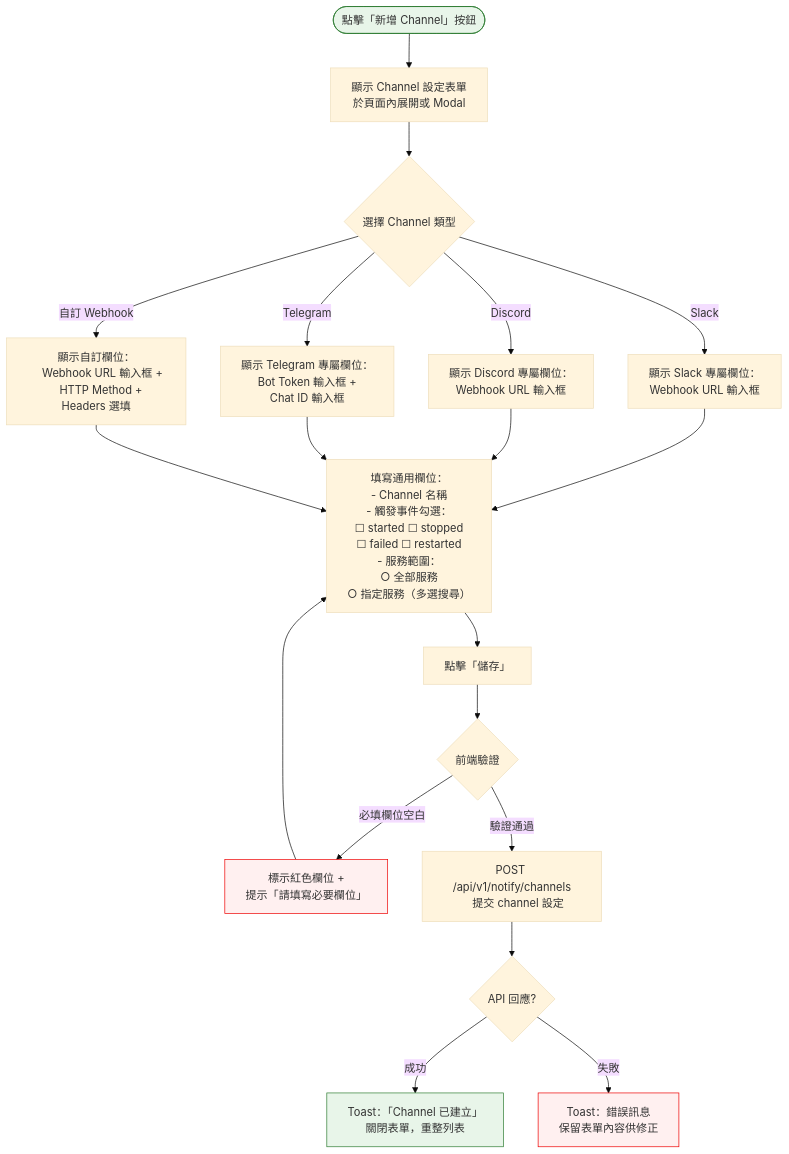
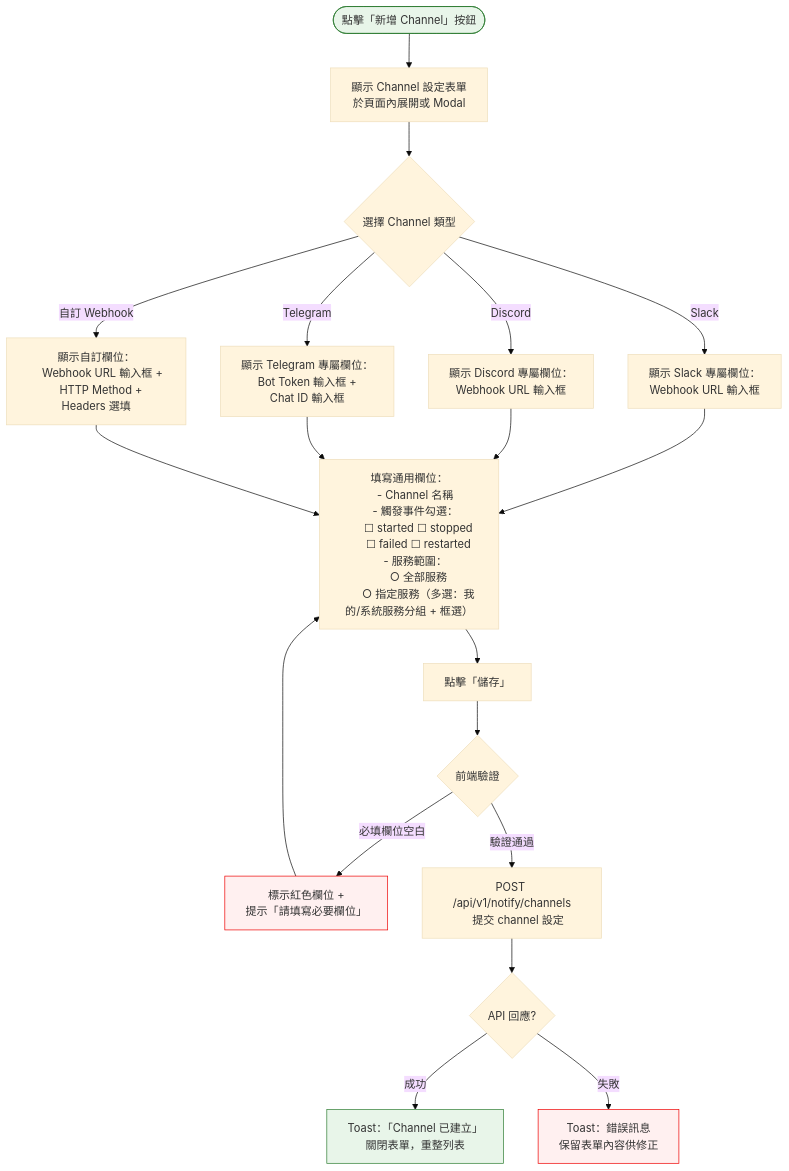
One commit to YuHaoLiaoSideProject/LinuxServiceManger changed the second of 5 diagrams in docs/interaction-flows/013-webhook-notification.md. Above: the diagram before and after it, drawn with Mermaid (base theme). The commit also changed other lines of this file and 27 other files, not shown here.

````diff
--- a/docs/interaction-flows/013-webhook-notification.md
+++ b/docs/interaction-flows/013-webhook-notification.md
@@ -90,57 +90,57 @@
 ```mermaid
 flowchart TD
     AddStart([點擊「新增 Channel」按鈕])
 
     AddStart --> OpenForm[顯示 Channel 設定表單
     於頁面內展開或 Modal]
 
     OpenForm --> SelectType{選擇 Channel 類型}
 
     SelectType -- Slack --> SlackFields[顯示 Slack 專屬欄位：
     Webhook URL 輸入框]
     SelectType -- Discord --> DiscordFields[顯示 Discord 專屬欄位：
     Webhook URL 輸入框]
     SelectType -- Telegram --> TelegramFields[顯示 Telegram 專屬欄位：
     Bot Token 輸入框 +
     Chat ID 輸入框]
     SelectType -- 自訂 Webhook --> CustomFields[顯示自訂欄位：
     Webhook URL 輸入框 +
     HTTP Method + Headers 選填]
 
     SlackFields --> CommonFields
     DiscordFields --> CommonFields
     TelegramFields --> CommonFields
     CustomFields --> CommonFields
 
     CommonFields[填寫通用欄位：
     - Channel 名稱
     - 觸發事件勾選：
       ☐ started ☐ stopped
       ☐ failed ☐ restarted
     - 服務範圍：
       ○ 全部服務
-      ○ 指定服務（多選搜尋）]
+      ○ 指定服務（多選：我的/系統服務分組 + 框選）]
 
     CommonFields --> SaveClick[點擊「儲存」]
 
     SaveClick --> Validate{前端驗證}
 
     Validate -- 必填欄位空白 --> ShowValidation[標示紅色欄位 +
     提示「請填寫必要欄位」]
     Validate -- 驗證通過 --> SaveCall[POST /api/v1/notify/channels
     提交 channel 設定]
 
     SaveCall --> SaveResult{API 回應?}
 
     SaveResult -- 成功 --> ToastSuccess[Toast：「Channel 已建立」
     關閉表單，重整列表]
     SaveResult -- 失敗 --> ToastError[Toast：錯誤訊息
     保留表單內容供修正]
 
     ShowValidation --> CommonFields
 
     style AddStart fill:#e8f5e9,stroke:#2e7d32
     style ToastSuccess fill:#e8f5e9,stroke:#2e7d32
     style ToastError fill:#fff0f0,stroke:#e00
     style ShowValidation fill:#fff0f0,stroke:#e00
 ```
````
